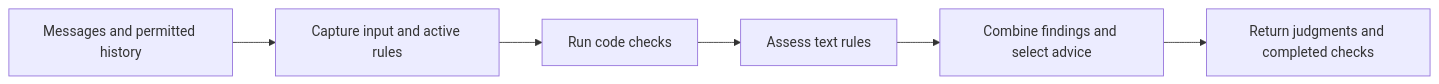
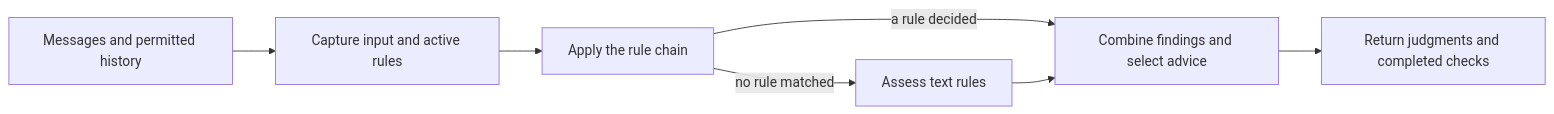
One commit to chughtapan/moltzap-staging changed the first of 2 diagrams in packages/social-harness/src/firewall/README.md. Above: the diagram before and after it, drawn with Mermaid. The commit also changed other lines of this file and 6 other files, not shown here.

````diff
--- a/packages/social-harness/src/firewall/README.md
+++ b/packages/social-harness/src/firewall/README.md
@@ -8,8 +9,9 @@
 ```mermaid
 flowchart LR
   A[Messages and permitted history] --> B[Capture input and active rules]
-  B --> C[Run code checks]
-  C --> D[Assess text rules]
+  B --> C[Apply the rule chain]
+  C -->|no rule matched| D[Assess text rules]
+  C -->|a rule decided| E
   D --> E[Combine findings and select advice]
   E --> F[Return judgments and completed checks]
 ```
````
